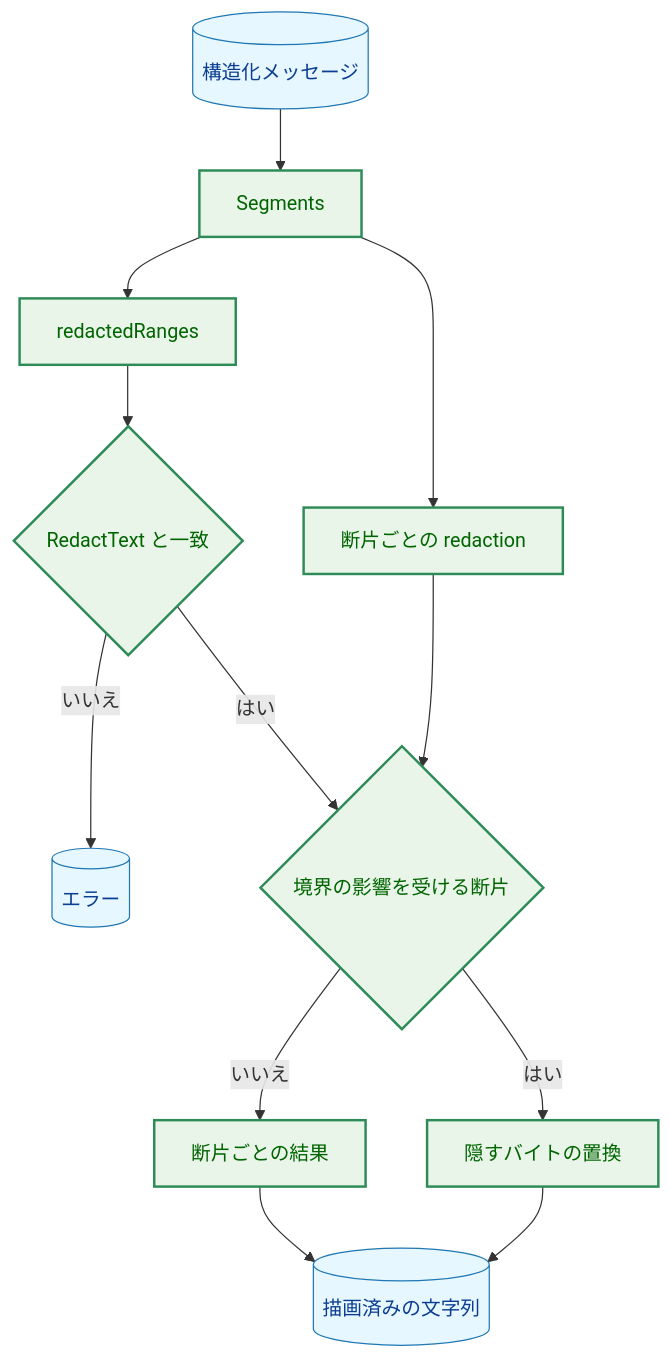
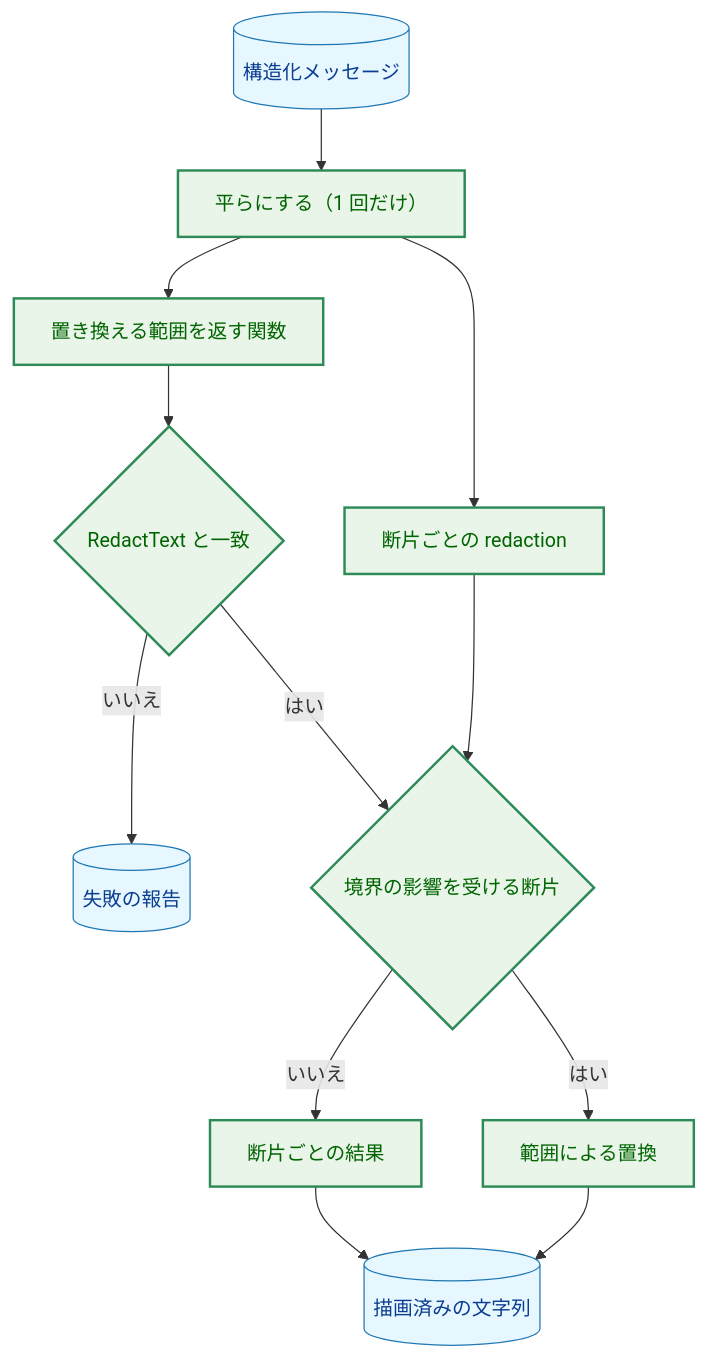
Before and after one commit to isseis/go-safe-cmd-runner: the seventh of 7 diagrams in docs/tasks/0178_structured_error_message_redaction/02_architecture.md, drawn with Mermaid. The commit also changed other lines of this file and 1 other file, not shown here.

````diff
--- a/docs/tasks/0178_structured_error_message_redaction/02_architecture.md
+++ b/docs/tasks/0178_structured_error_message_redaction/02_architecture.md
@@ -871,31 +671,31 @@
 ```mermaid
 flowchart TD
     classDef data fill:#e6f7ff,stroke:#1f77b4,stroke-width:1px,color:#0b3d91;
     classDef enhanced fill:#e8f5e8,stroke:#2e8b57,stroke-width:2px,color:#006400;
 
     IN[("構造化メッセージ")]
-    FL["Segments"]
+    FL["平らにする（1 回だけ）"]
     PP["断片ごとの redaction"]
-    WH["redactedRanges"]
+    WH["置き換える範囲を返す関数"]
     VC{"RedactText と一致"}
-    ERR[("エラー")]
+    ERR[("失敗の報告")]
     CK{"境界の影響を受ける断片"}
     KEEP["断片ごとの結果"]
-    MASK["隠すバイトの置換"]
+    MASK["範囲による置換"]
     OUT[("描画済みの文字列")]
 
     IN --> FL
     FL --> PP
     FL --> WH
     WH --> VC
     VC -->|"いいえ"| ERR
     VC -->|"はい"| CK
     PP --> CK
     CK -->|"いいえ"| KEEP
     CK -->|"はい"| MASK
     KEEP --> OUT
     MASK --> OUT
 
     class IN,OUT,ERR data
     class FL,PP,WH,VC,CK,KEEP,MASK enhanced
 ```
````
